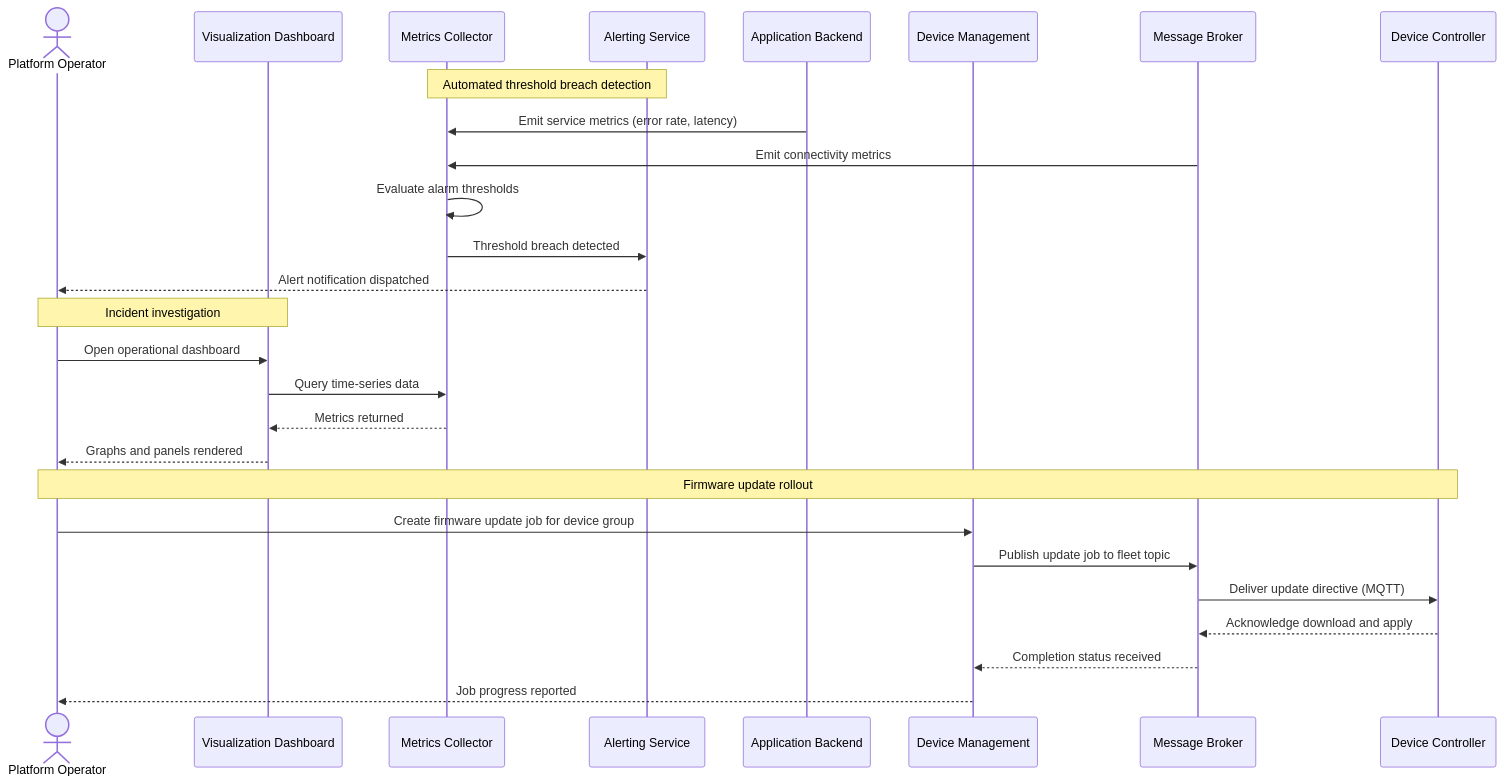
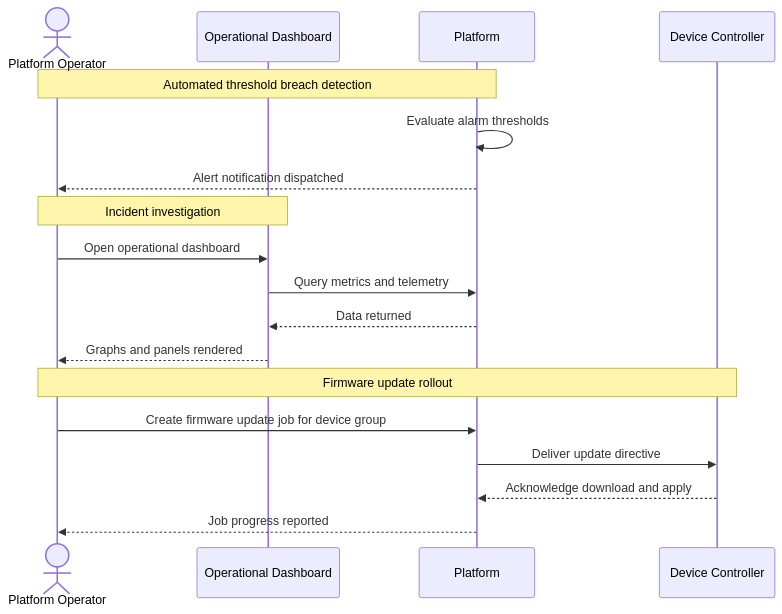
The eighth of 8 diagrams in docs/report/sections/03_use_cases/use_cases.md (GarrettGruss/CS7346-401-report), drawn with Mermaid before and after one commit. The commit also changed other lines of this file and 10 other files, not shown here.

Commit message:
fix(03_use_cases): Simplifying use cases and re rendering diagrams with higher resoltuion fix(01_introduction): reducing content fix(05_quality attributes): adding requirements fix(08_cloud services): simplifying cloud components to bullet point list

````diff
--- a/docs/report/sections/03_use_cases/use_cases.md
+++ b/docs/report/sections/03_use_cases/use_cases.md
@@ -269,32 +204,23 @@
 ```mermaid
 sequenceDiagram
     actor Operator as Platform Operator
-    participant Dashboard as Visualization Dashboard
-    participant Metrics as Metrics Collector
-    participant Alerting as Alerting Service
-    participant Backend as Application Backend
-    participant DevMgmt as Device Management
-    participant Broker as Message Broker
+    participant Dashboard as Operational Dashboard
+    participant Platform as Platform
     participant Controller as Device Controller
 
-    note over Metrics, Alerting: Automated threshold breach detection
-    Backend->>Metrics: Emit service metrics (error rate, latency)
-    Broker->>Metrics: Emit connectivity metrics
-    Metrics->>Metrics: Evaluate alarm thresholds
-    Metrics->>Alerting: Threshold breach detected
-    Alerting-->>Operator: Alert notification dispatched
+    note over Platform, Operator: Automated threshold breach detection
+    Platform->>Platform: Evaluate alarm thresholds
+    Platform-->>Operator: Alert notification dispatched
 
     note over Operator, Dashboard: Incident investigation
     Operator->>Dashboard: Open operational dashboard
-    Dashboard->>Metrics: Query time-series data
-    Metrics-->>Dashboard: Metrics returned
+    Dashboard->>Platform: Query metrics and telemetry
+    Platform-->>Dashboard: Data returned
     Dashboard-->>Operator: Graphs and panels rendered
 
     note over Operator, Controller: Firmware update rollout
-    Operator->>DevMgmt: Create firmware update job for device group
-    DevMgmt->>Broker: Publish update job to fleet topic
-    Broker->>Controller: Deliver update directive (MQTT)
-    Controller-->>Broker: Acknowledge download and apply
-    Broker-->>DevMgmt: Completion status received
-    DevMgmt-->>Operator: Job progress reported
+    Operator->>Platform: Create firmware update job for device group
+    Platform->>Controller: Deliver update directive
+    Controller-->>Platform: Acknowledge download and apply
+    Platform-->>Operator: Job progress reported
 ```
````
